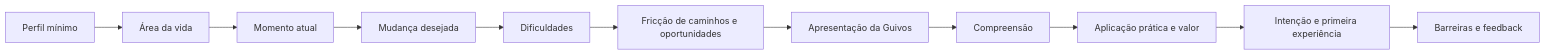
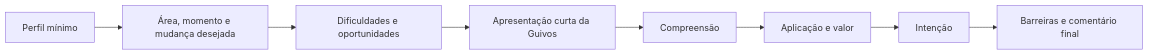
Before and after one commit to guivos-repositorio/Guivos-Knowledge-Repository: the diagram in docs/research/market-validation/VAL-001-framework-de-validacao-de-mercado.md, drawn with Mermaid. The commit also changed other lines of this file, not shown here.

````diff
--- a/docs/research/market-validation/VAL-001-framework-de-validacao-de-mercado.md
+++ b/docs/research/market-validation/VAL-001-framework-de-validacao-de-mercado.md
@@ -180,4 +154,4 @@
 ```mermaid
 flowchart LR
-    A["Perfil mínimo"] --> B["Área da vida"] --> C["Momento atual"] --> D["Mudança desejada"] --> E["Dificuldades"] --> F["Fricção de caminhos e oportunidades"] --> G["Apresentação da Guivos"] --> H["Compreensão"] --> I["Aplicação prática e valor"] --> J["Intenção e primeira experiência"] --> K["Barreiras e feedback"]
+    A["Perfil mínimo"] --> B["Área, momento e mudança desejada"] --> C["Dificuldades e oportunidades"] --> D["Apresentação curta da Guivos"] --> E["Compreensão"] --> F["Aplicação e valor"] --> G["Intenção"] --> H["Barreiras e comentário final"]
 ```
````
